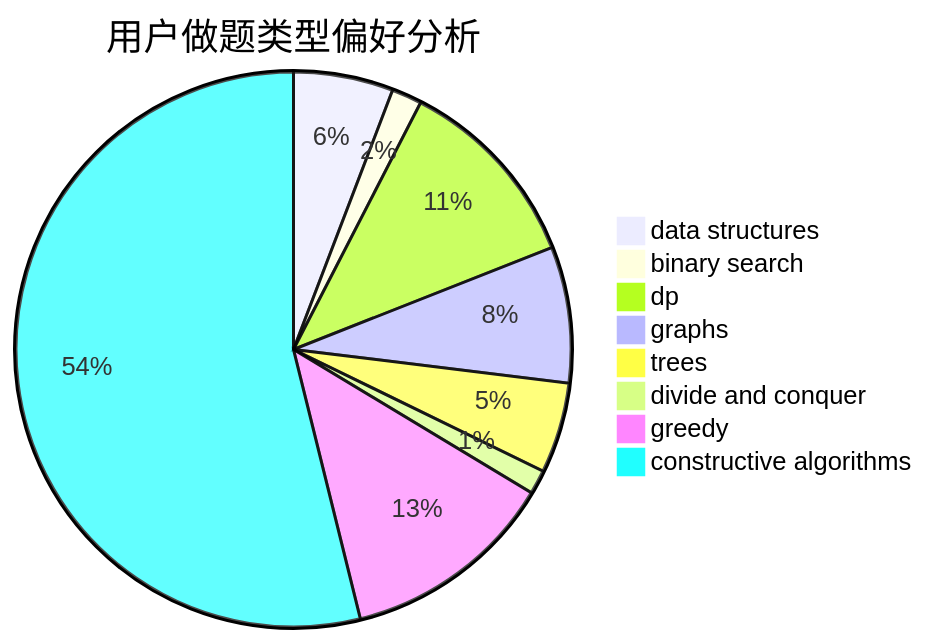
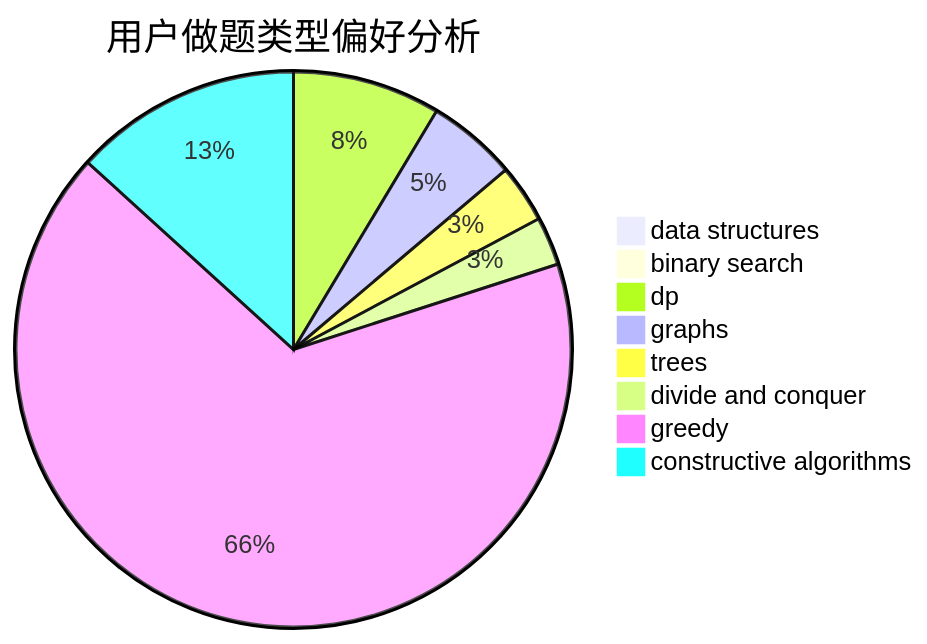
One commit to sherpahu/cfrs.github.io changed the second of 3 diagrams in docs/user/u2295.md. Above: the diagram before and after it, drawn with Mermaid. The commit also changed other lines of this file and 2770 other files, not shown here.

````diff
--- a/docs/user/u2295.md
+++ b/docs/user/u2295.md
@@ -23,11 +23,11 @@
 ```mermaid
 pie title 用户做题类型偏好分析
-    "data structures" :  33
-    "binary search" :  10
-    "dp" :  65
-    "graphs" :  45
-    "trees" :  30
-    "divide and conquer" :  8
-    "greedy" :  71
-    "constructive algorithms" :  306
+    "data structures" :  5
+    "binary search" :  6
+    "dp" :  61
+    "graphs" :  37
+    "trees" :  24
+    "divide and conquer" :  20
+    "greedy" :  473
+    "constructive algorithms" :  94
 ```
````
